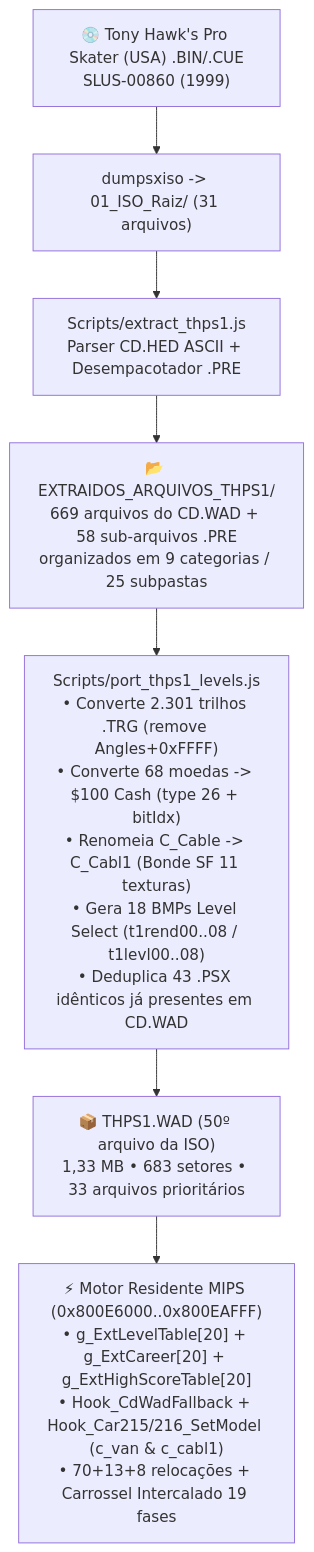
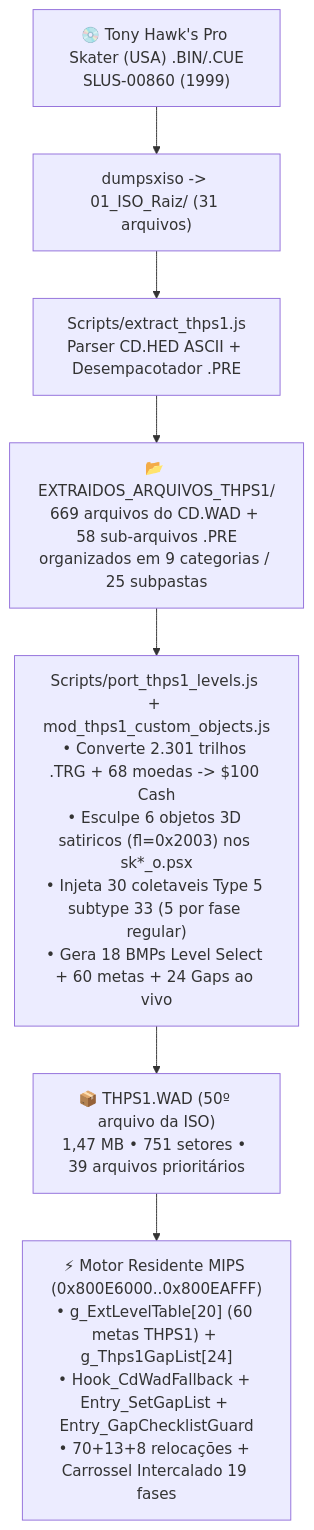
One commit to WagnerxOliveira/Tony_Hawk-s_Pro_Skater_2_Mod_PSX changed the diagram in Docs/MAPA_14_THPS1_ARQUIVOS_E_ENGENHARIA_REVERSA.md. Above: the diagram before and after it, drawn with Mermaid. The commit also changed other lines of this file and 9 other files, not shown here.

Commit message:
Expansao das 6 fases regulares do THPS1 para 10 objetivos satiricos cada (60 metas), 6 novos objetos 3D geometricos esculpidos (Mandioca da Dilma, Triplex do Guaruja, Mala do Mensalao, Cofre do INSS, Pedalinho de Atibaia, Picanha da Promessa), 24 Gaps ao vivo e verificacao 6/6 em 60 FPS

````diff
--- a/Docs/MAPA_14_THPS1_ARQUIVOS_E_ENGENHARIA_REVERSA.md
+++ b/Docs/MAPA_14_THPS1_ARQUIVOS_E_ENGENHARIA_REVERSA.md
@@ -24,9 +24,9 @@
 ```mermaid
 flowchart TB
     ISO["💿 Tony Hawk's Pro Skater (USA) .BIN/.CUE<br/>SLUS-00860 (1999)"] --> DUMP["dumpsxiso -> 01_ISO_Raiz/ (31 arquivos)"]
     DUMP --> EXT["Scripts/extract_thps1.js<br/>Parser CD.HED ASCII + Desempacotador .PRE"]
     EXT --> TREE["📂 EXTRAIDOS_ARQUIVOS_THPS1/<br/>669 arquivos do CD.WAD + 58 sub-arquivos .PRE<br/>organizados em 9 categorias / 25 subpastas"]
-    TREE --> PORT["Scripts/port_thps1_levels.js<br/>• Converte 2.301 trilhos .TRG (remove Angles+0xFFFF)<br/>• Converte 68 moedas -> $100 Cash (type 26 + bitIdx)<br/>• Renomeia C_Cable -> C_Cabl1 (Bonde SF 11 texturas)<br/>• Gera 18 BMPs Level Select (t1rend00..08 / t1levl00..08)<br/>• Deduplica 43 .PSX idênticos já presentes em CD.WAD"]
-    PORT --> WAD["📦 THPS1.WAD (50º arquivo da ISO)<br/>1,33 MB • 683 setores • 33 arquivos prioritários"]
-    WAD --> ENG["⚡ Motor Residente MIPS (0x800E6000..0x800EAFFF)<br/>• g_ExtLevelTable[20] + g_ExtCareer[20] + g_ExtHighScoreTable[20]<br/>• Hook_CdWadFallback + Hook_Car215/216_SetModel (c_van & c_cabl1)<br/>• 70+13+8 relocações + Carrossel Intercalado 19 fases"]
+    TREE --> PORT["Scripts/port_thps1_levels.js + mod_thps1_custom_objects.js<br/>• Converte 2.301 trilhos .TRG + 68 moedas -> $100 Cash<br/>• Esculpe 6 objetos 3D satiricos (fl=0x2003) nos sk*_o.psx<br/>• Injeta 30 coletaveis Type 5 subtype 33 (5 por fase regular)<br/>• Gera 18 BMPs Level Select + 60 metas + 24 Gaps ao vivo"]
+    PORT --> WAD["📦 THPS1.WAD (50º arquivo da ISO)<br/>1,47 MB • 751 setores • 39 arquivos prioritários"]
+    WAD --> ENG["⚡ Motor Residente MIPS (0x800E6000..0x800EAFFF)<br/>• g_ExtLevelTable[20] (60 metas THPS1) + g_Thps1GapList[24]<br/>• Hook_CdWadFallback + Entry_SetGapList + Entry_GapChecklistGuard<br/>• 70+13+8 relocações + Carrossel Intercalado 19 fases"]
 ```
````
